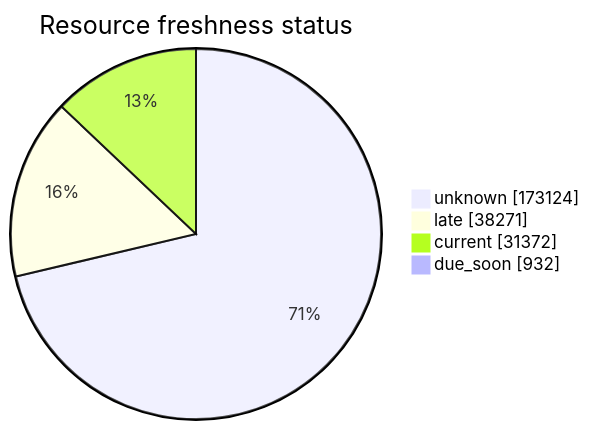
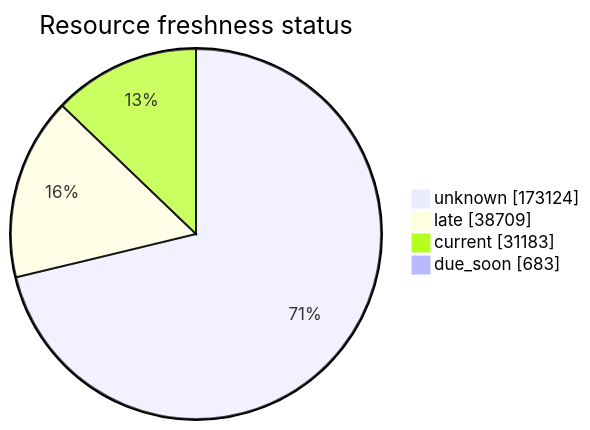
Before and after one commit to open-data/analytics-corporate-reporting: the third of 5 diagrams in FreshCheck/README.md, drawn with Mermaid. The commit also changed other lines of this file and 3 other files, not shown here.

````diff
--- a/FreshCheck/README.md
+++ b/FreshCheck/README.md
@@ -77,7 +77,7 @@
 ```mermaid
 pie showData title Resource freshness status
     "unknown": 173124
-    "late": 38271
-    "current": 31372
-    "due_soon": 932
+    "late": 38709
+    "current": 31183
+    "due_soon": 683
 ```
````
